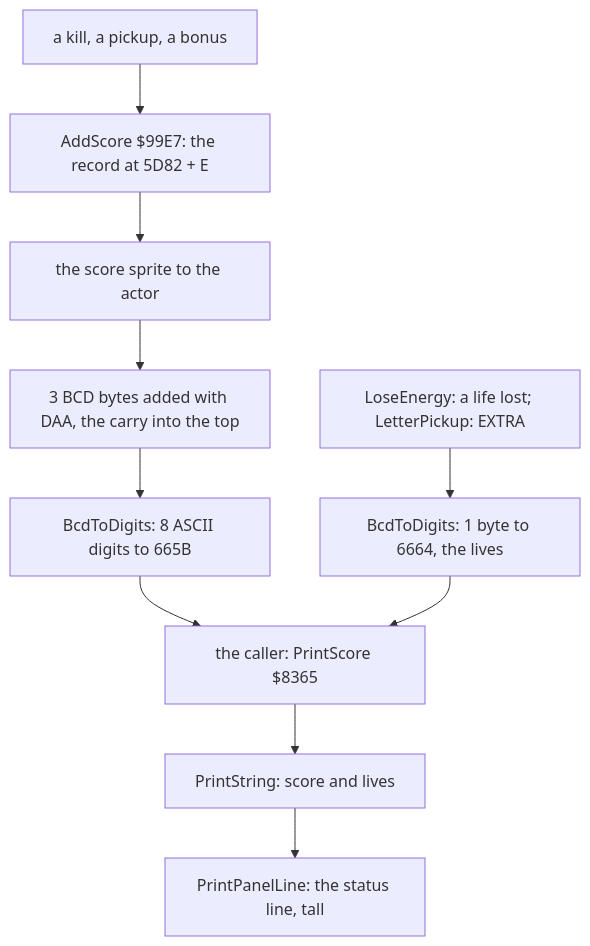
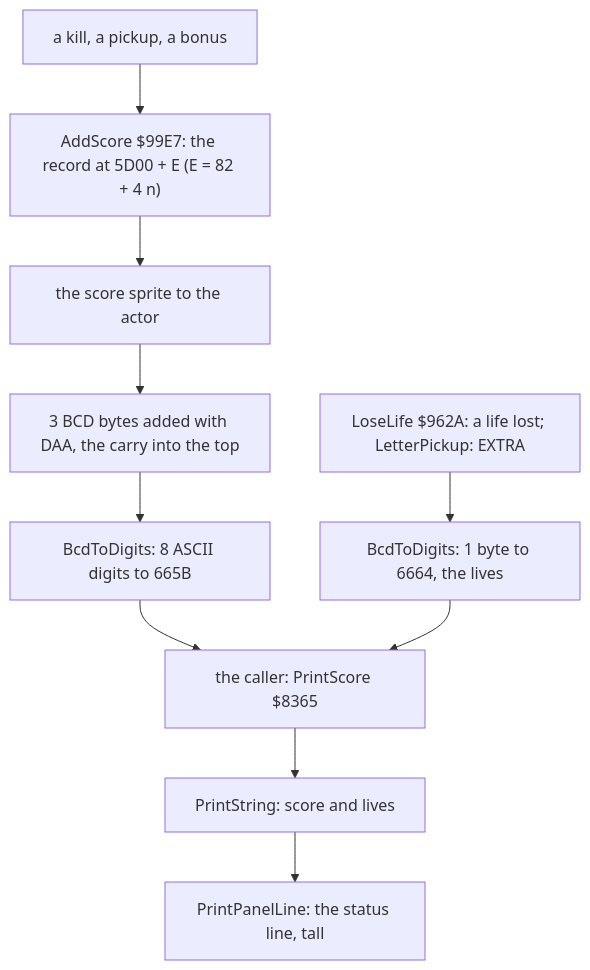
One commit to alfishe/unrealng-reverse-cases changed the tenth of 14 diagrams in games/switchblade/docs/08-hud-and-text.md. Above: the diagram before and after it, drawn with Mermaid. The commit also changed other lines of this file and 54 other files, not shown here.

````diff
--- a/games/switchblade/docs/08-hud-and-text.md
+++ b/games/switchblade/docs/08-hud-and-text.md
@@ -745,12 +770,12 @@
 ```mermaid
 flowchart TD
-    E["a kill, a pickup, a bonus"] --> A["AddScore $99E7: the record at 5D82 + E"]
+    E["a kill, a pickup, a bonus"] --> A["AddScore $99E7: the record at 5D00 + E (E = 82 + 4 n)"]
     A --> S["the score sprite to the actor"]
     S --> D["3 BCD bytes added with DAA, the carry into the top"]
     D --> B["BcdToDigits: 8 ASCII digits to 665B"]
     B --> P["the caller: PrintScore $8365"]
     P --> P1["PrintString: score and lives"]
     P1 --> P2["PrintPanelLine: the status line, tall"]
-    L["LoseEnergy: a life lost; LetterPickup: EXTRA"] --> LB["BcdToDigits: 1 byte to 6664, the lives"]
+    L["LoseLife $962A: a life lost; LetterPickup: EXTRA"] --> LB["BcdToDigits: 1 byte to 6664, the lives"]
     LB --> P
 ```
````
